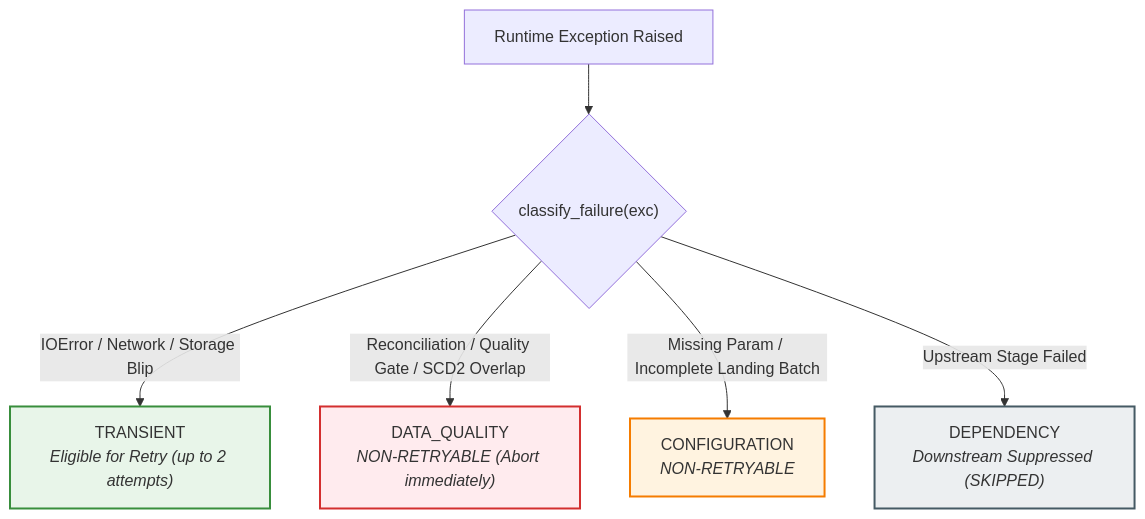
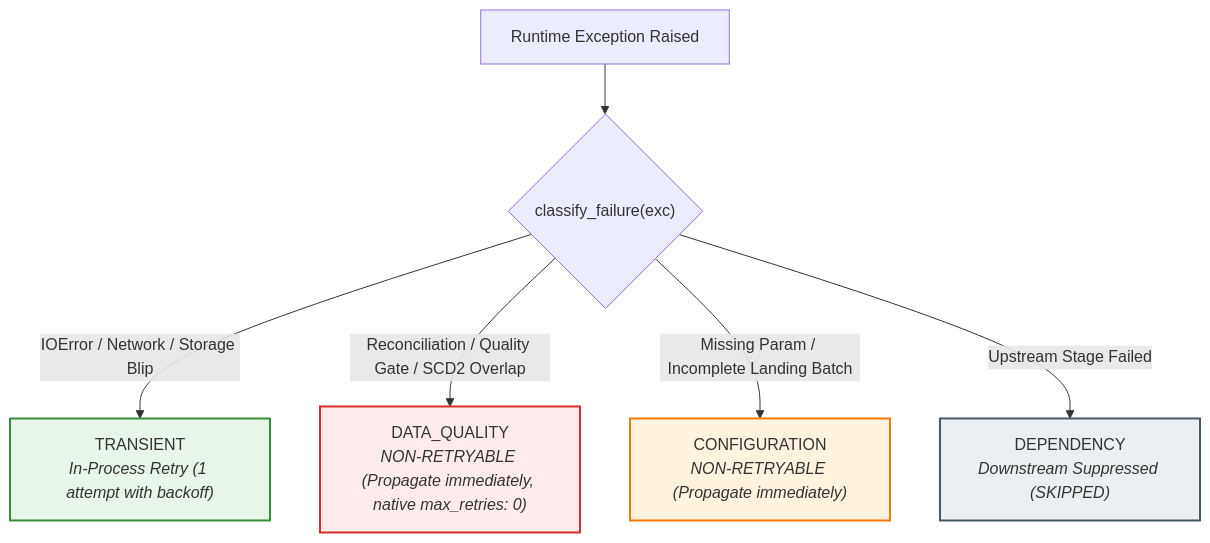
One commit to vijjureddy07/azure-lakehouse-data-platform changed the second of 2 diagrams in docs/08_LAKEFLOW_JOBS_ORCHESTRATION.md. Above: the diagram before and after it, drawn with Mermaid. The commit also changed other lines of this file and 11 other files, not shown here.

````diff
--- a/docs/08_LAKEFLOW_JOBS_ORCHESTRATION.md
+++ b/docs/08_LAKEFLOW_JOBS_ORCHESTRATION.md
@@ -129,14 +130,14 @@
 ```mermaid
 graph TD
     Exception["Runtime Exception Raised"] --> Classify{"classify_failure(exc)"}
     
-    Classify -->|IOError / Network / Storage Blip| Transient["TRANSIENT<br/><i>Eligible for Retry (up to 2 attempts)</i>"]
-    Classify -->|Reconciliation / Quality Gate / SCD2 Overlap| DQ["DATA_QUALITY<br/><i>NON-RETRYABLE (Abort immediately)</i>"]
-    Classify -->|Missing Param / Incomplete Landing Batch| Config["CONFIGURATION<br/><i>NON-RETRYABLE</i>"]
+    Classify -->|IOError / Network / Storage Blip| Transient["TRANSIENT<br/><i>In-Process Retry (1 attempt with backoff)</i>"]
+    Classify -->|Reconciliation / Quality Gate / SCD2 Overlap| DQ["DATA_QUALITY<br/><i>NON-RETRYABLE (Propagate immediately, native max_retries: 0)</i>"]
+    Classify -->|Missing Param / Incomplete Landing Batch| Config["CONFIGURATION<br/><i>NON-RETRYABLE (Propagate immediately)</i>"]
     Classify -->|Upstream Stage Failed| Dep["DEPENDENCY<br/><i>Downstream Suppressed (SKIPPED)</i>"]
 
     style Transient fill:#e8f5e9,stroke:#388e3c,stroke-width:2px;
     style DQ fill:#ffebee,stroke:#d32f2f,stroke-width:2px;
     style Config fill:#fff3e0,stroke:#f57c00,stroke-width:2px;
     style Dep fill:#eceff1,stroke:#455a64,stroke-width:2px;
 ```
````
